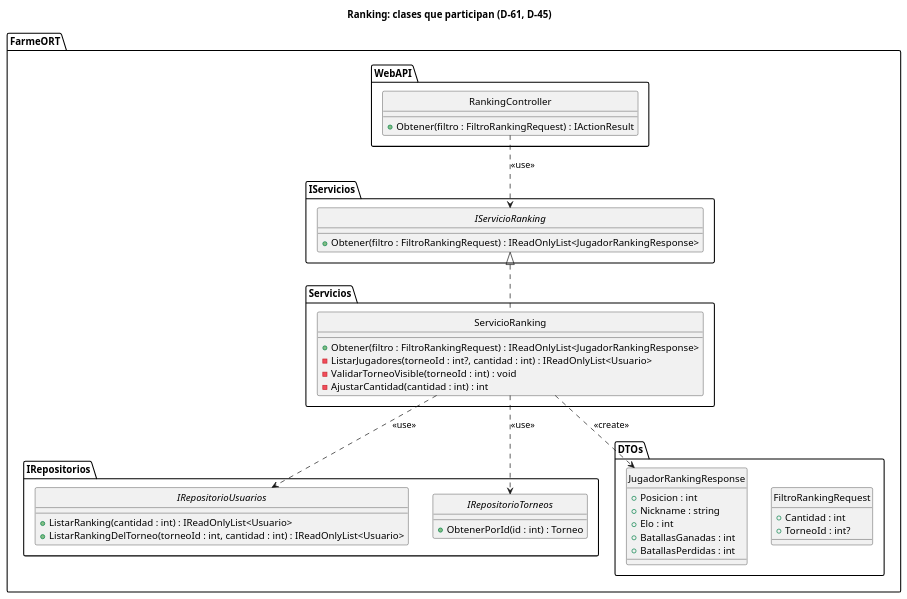
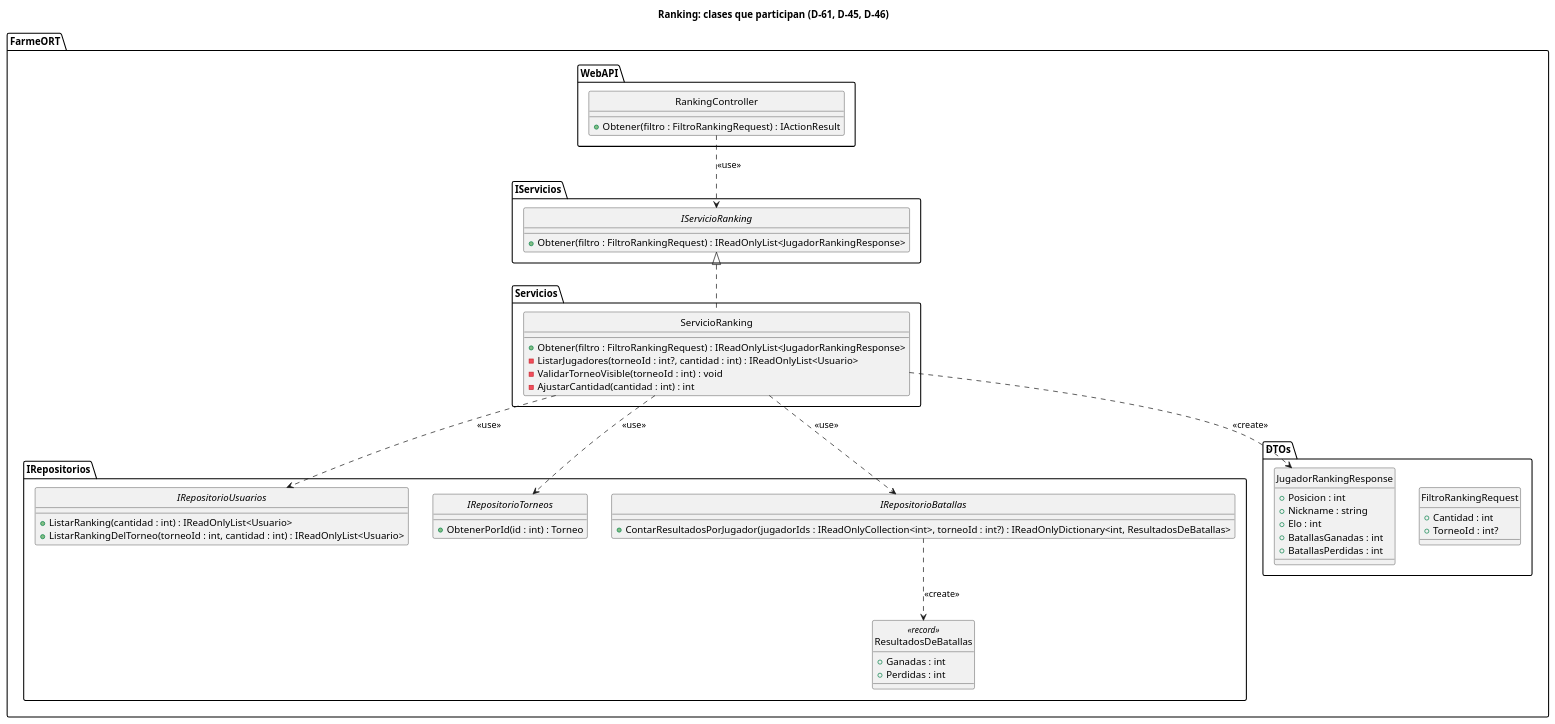
One commit to Seba0512/FarmeORT changed the diagram in docs/uml/ranking-clases.puml. Above: the diagram before and after it, drawn with PlantUML.

Commit message:
docs (docs/uml/ranking-clases.puml): agrega el conteo de batallas al diagrama del ranking

```diff
--- a/docs/uml/ranking-clases.puml
+++ b/docs/uml/ranking-clases.puml
@@ -1,55 +1,64 @@
 @startuml
 hide circle
-title Ranking: clases que participan (D-61, D-45)
+title Ranking: clases que participan (D-61, D-45, D-46)
 
 package FarmeORT.WebAPI {
   class RankingController {
     + Obtener(filtro : FiltroRankingRequest) : IActionResult
   }
 }
 
 package FarmeORT.IServicios {
   interface IServicioRanking {
     + Obtener(filtro : FiltroRankingRequest) : IReadOnlyList<JugadorRankingResponse>
   }
 }
 
 package FarmeORT.Servicios {
   class ServicioRanking {
     + Obtener(filtro : FiltroRankingRequest) : IReadOnlyList<JugadorRankingResponse>
     - ListarJugadores(torneoId : int?, cantidad : int) : IReadOnlyList<Usuario>
     - ValidarTorneoVisible(torneoId : int) : void
     - AjustarCantidad(cantidad : int) : int
   }
 }
 
 package FarmeORT.IRepositorios {
   interface IRepositorioUsuarios {
     + ListarRanking(cantidad : int) : IReadOnlyList<Usuario>
     + ListarRankingDelTorneo(torneoId : int, cantidad : int) : IReadOnlyList<Usuario>
   }
   interface IRepositorioTorneos {
     + ObtenerPorId(id : int) : Torneo
   }
+  interface IRepositorioBatallas {
+    + ContarResultadosPorJugador(jugadorIds : IReadOnlyCollection<int>, torneoId : int?) : IReadOnlyDictionary<int, ResultadosDeBatallas>
+  }
+  class ResultadosDeBatallas <<record>> {
+    + Ganadas : int
+    + Perdidas : int
+  }
 }
 
 package FarmeORT.DTOs {
   class FiltroRankingRequest {
     + Cantidad : int
     + TorneoId : int?
   }
   class JugadorRankingResponse {
     + Posicion : int
     + Nickname : string
     + Elo : int
     + BatallasGanadas : int
     + BatallasPerdidas : int
   }
 }
 
 RankingController ..> IServicioRanking : <<use>>
 IServicioRanking <|.. ServicioRanking
 ServicioRanking ..> IRepositorioUsuarios : <<use>>
 ServicioRanking ..> IRepositorioTorneos : <<use>>
+ServicioRanking ..> IRepositorioBatallas : <<use>>
+IRepositorioBatallas ..> ResultadosDeBatallas : <<create>>
 ServicioRanking ..> JugadorRankingResponse : <<create>>
 @enduml
```
